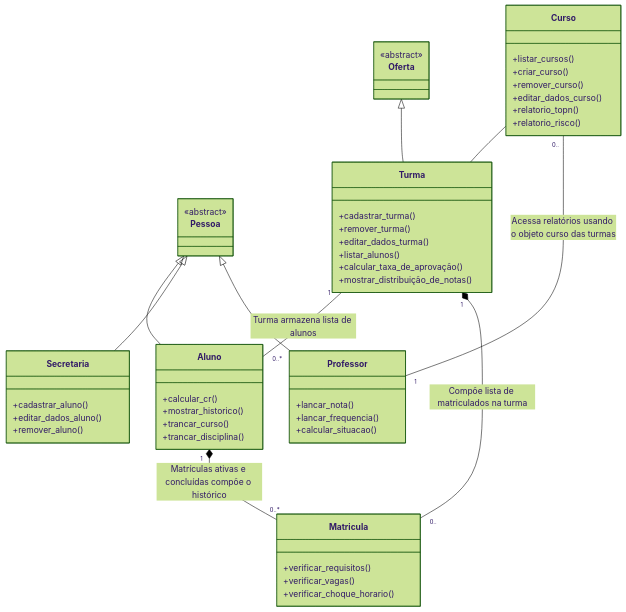
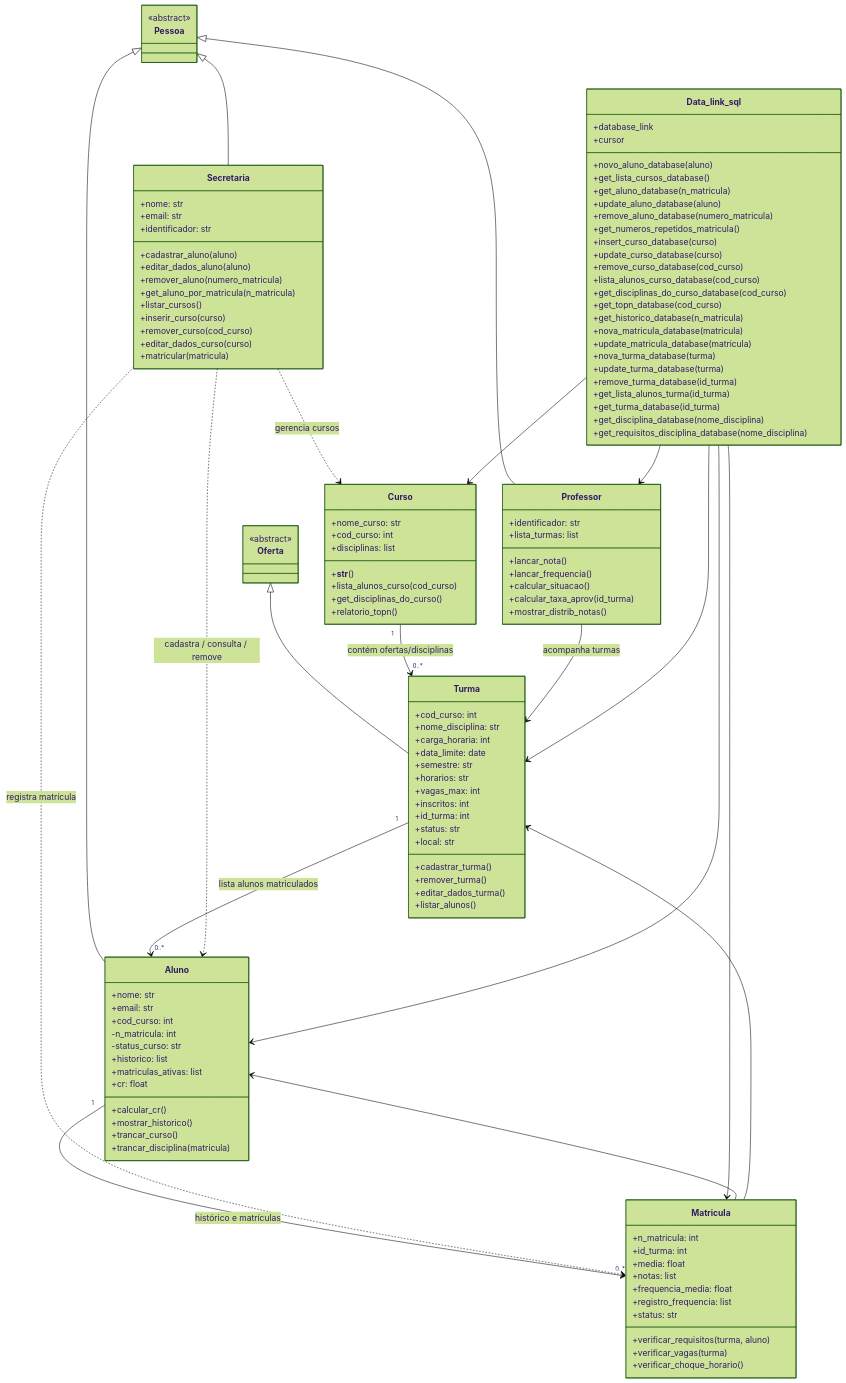
One commit to Raimundo77733/SGCA changed the diagram in UML/UMLCODE.mmd. Above: the diagram before and after it, drawn with Mermaid (forest theme). The commit also changed 15 other files, not shown here.

Commit message:
-Implementação inical das classes, métodos principais, permanência com sqlite 3 -Criação de testes de escrita e leitura utilizando os dados do aluno incluindo escrita e recuperação do banco de dados

```diff
--- a/UML/UMLCODE.mmd
+++ b/UML/UMLCODE.mmd
@@ -1,54 +1,136 @@
 classDiagram
     class Oferta {
         <<abstract>>
     }
+
     class Pessoa {
         <<abstract>>
     }
+
+    class Data_link_sql {
+        +database_link
+        +cursor
+        +novo_aluno_database(aluno)
+        +get_lista_cursos_database()
+        +get_aluno_database(n_matricula)
+        +update_aluno_database(aluno)
+        +remove_aluno_database(numero_matricula)
+        +get_numeros_repetidos_matricula()
+        +insert_curso_database(curso)
+        +update_curso_database(curso)
+        +remove_curso_database(cod_curso)
+        +lista_alunos_curso_database(cod_curso)
+        +get_disciplinas_do_curso_database(cod_curso)
+        +get_topn_database(cod_curso)
+        +get_historico_database(n_matricula)
+        +nova_matricula_database(matricula)
+        +update_matricula_database(matricula)
+        +nova_turma_database(turma)
+        +update_turma_database(turma)
+        +remove_turma_database(id_turma)
+        +get_lista_alunos_turma(id_turma)
+        +get_turma_database(id_turma)
+        +get_disciplina_database(nome_disciplina)
+        +get_requisitos_disciplina_database(nome_disciplina)
+    }
+
+    class Aluno {
+        +nome: str
+        +email: str
+        +cod_curso: int
+        -n_matricula: int
+        -status_curso: str
+        +historico: list
+        +matriculas_ativas: list
+        +cr: float
+        +calcular_cr()
+        +mostrar_historico()
+        +trancar_curso()
+        +trancar_disciplina(matricula)
+    }
+
+    class Secretaria {
+        +nome: str
+        +email: str
+        +identificador: str
+        +cadastrar_aluno(aluno)
+        +editar_dados_aluno(aluno)
+        +remover_aluno(numero_matricula)
+        +get_aluno_por_matricula(n_matricula)
+        +listar_cursos()
+        +inserir_curso(curso)
+        +remover_curso(cod_curso)
+        +editar_dados_curso(curso)
+        +matricular(matricula)
+    }
+
+    class Professor {
+        +identificador: str
+        +lista_turmas: list
+        +lancar_nota()
+        +lancar_frequencia()
+        +calcular_situacao()
+        +calcular_taxa_aprov(id_turma)
+        +mostrar_distrib_notas()
+    }
+
+    class Curso {
+        +nome_curso: str
+        +cod_curso: int
+        +disciplinas: list
+        +__str__()
+        +lista_alunos_curso(cod_curso)
+        +get_disciplinas_do_curso()
+        +relatorio_topn()
+    }
+
     class Turma {
+        +cod_curso: int
+        +nome_disciplina: str
+        +carga_horaria: int
+        +data_limite: date
+        +semestre: str
+        +horarios: str
+        +vagas_max: int
+        +inscritos: int
+        +id_turma: int
+        +status: str
+        +local: str
         +cadastrar_turma()
         +remover_turma()
         +editar_dados_turma()
         +listar_alunos()
-        +calcular_taxa_de_aprovação()
-        +mostrar_distribuição_de_notas()
     }
-    class Aluno {
-        +calcular_cr()
-        +mostrar_historico()
-        +trancar_curso()
-        +trancar_disciplina()
-    }
-    class Secretaria {
-        +cadastrar_aluno()
-        +editar_dados_aluno()
-        +remover_aluno()
-    }
-    class Professor {
-        +lancar_nota()
-        +lancar_frequencia()
-        +calcular_situacao()
-    }
-    class Curso {
-        +listar_cursos()
-        +criar_curso()
-        +remover_curso()
-        +editar_dados_curso()
-        +relatorio_topn()
-        +relatorio_risco()
-    }
+
     class Matricula {
-        +verificar_requisitos()
-        +verificar_vagas()
+        +n_matricula: int
+        +id_turma: int
+        +media: float
+        +notas: list
+        +frequencia_media: float
+        +registro_frequencia: list
+        +status: str
+        +verificar_requisitos(turma, aluno)
+        +verificar_vagas(turma)
         +verificar_choque_horario()
     }
 
     Oferta <|-- Turma
     Pessoa <|-- Aluno
     Pessoa <|-- Secretaria
     Pessoa <|-- Professor
-    Turma "1" -- "0..*" Aluno : Turma armazena lista de alunos
-    Turma "1" *--"0.." Matricula: Compõe lista de matriculados na turma
-    Aluno "1" *-- "0..*" Matricula : Matrículas ativas e concluídas compõe o histórico
-    Curso -- Turma
-    Curso "0.." -- "1" Professor : Acessa relatórios usando o objeto curso das turmas
+
+    Curso "1" --> "0..*" Turma : contém ofertas/disciplinas
+    Turma "1" --> "0..*" Aluno : lista alunos matriculados
+    Aluno "1" --> "0..*" Matricula : histórico e matrículas
+    Matricula --> Aluno
+    Matricula --> Turma
+    Secretaria ..> Aluno : cadastra / consulta / remove
+    Secretaria ..> Curso : gerencia cursos
+    Secretaria ..> Matricula : registra matrícula
+    Professor --> Turma : acompanha turmas
+    Data_link_sql --> Aluno
+    Data_link_sql --> Curso
+    Data_link_sql --> Turma
+    Data_link_sql --> Matricula
+    Data_link_sql --> Professor
```
